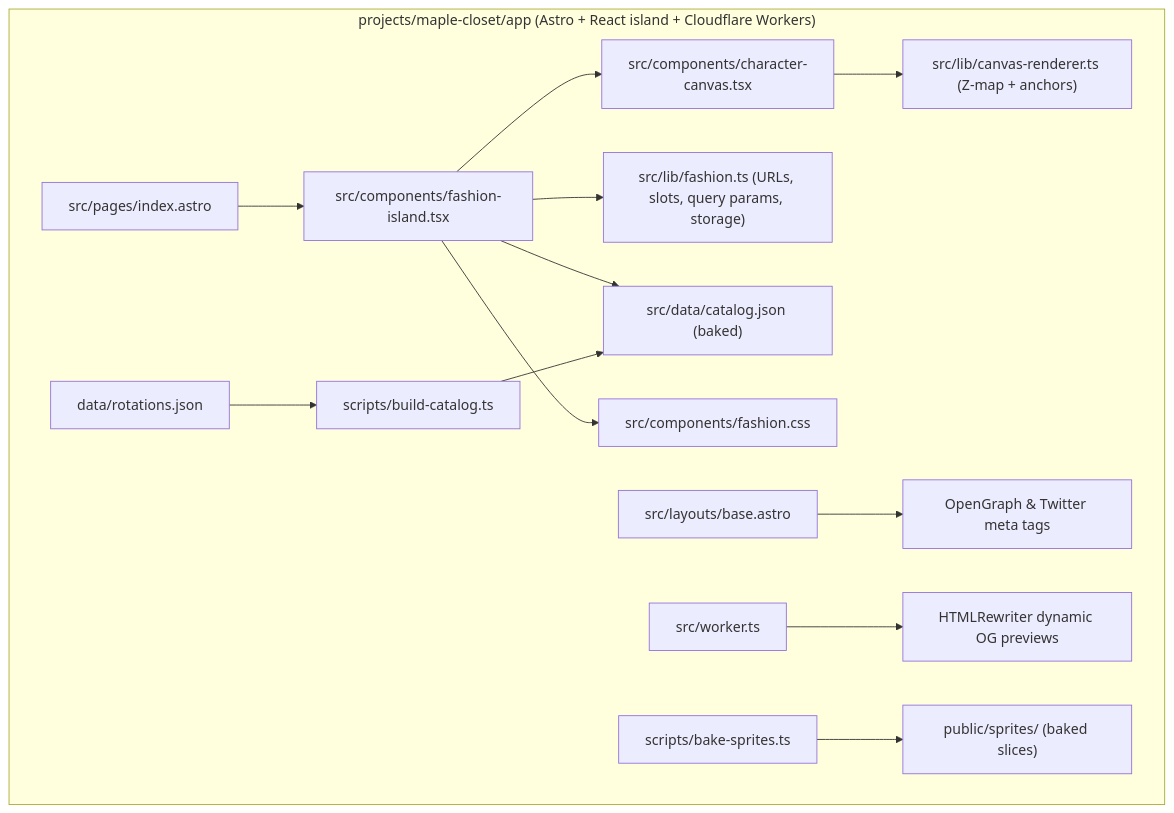
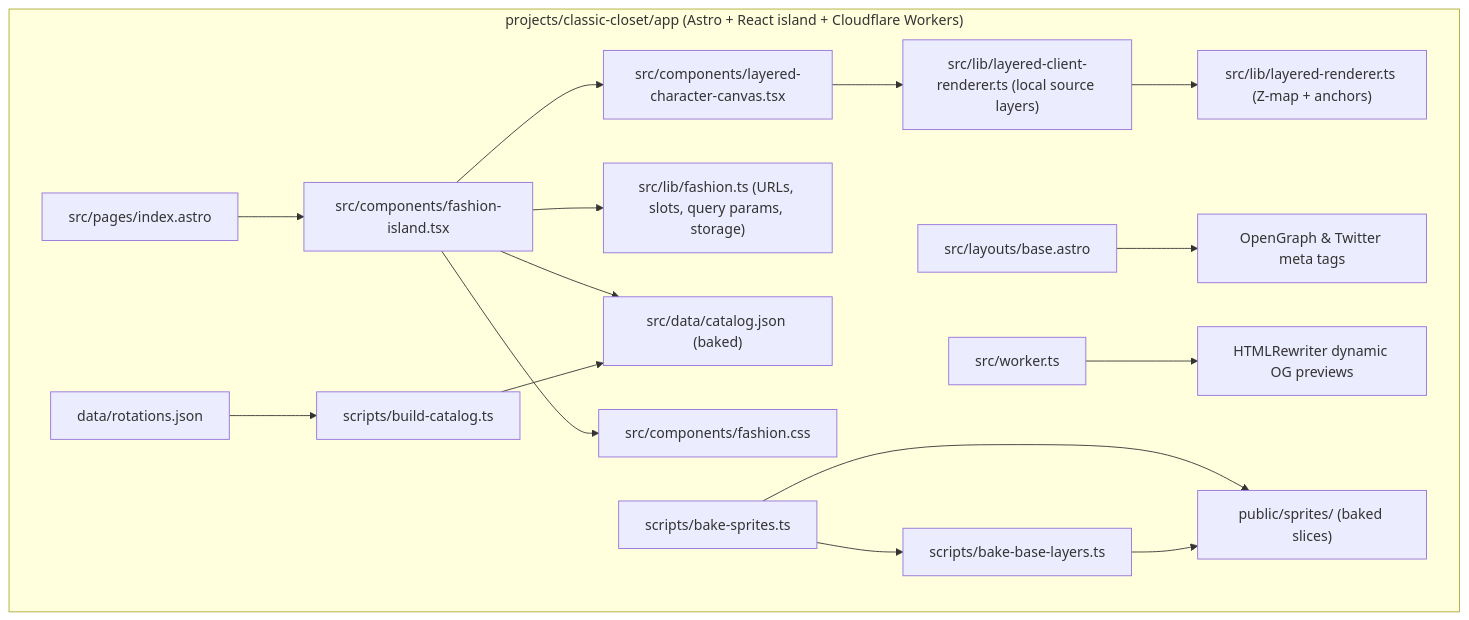
One commit to builtby-win/classic-closet changed the third of 3 diagrams in app/PLAN.md. Above: the diagram before and after it, drawn with Mermaid. The commit also changed other lines of this file and 2145 other files, not shown here.

First line of the commit message:
feat: share cards, name tags, crate pin resolution, maple->classic rename

````diff
--- a/app/PLAN.md
+++ b/app/PLAN.md
@@ -54,16 +64,19 @@
 ```mermaid
 flowchart TD
-    subgraph app["projects/maple-closet/app (Astro + React island + Cloudflare Workers)"]
+    subgraph app["projects/classic-closet/app (Astro + React island + Cloudflare Workers)"]
         page["src/pages/index.astro"] --> island["src/components/fashion-island.tsx"]
-        island --> canvas["src/components/character-canvas.tsx"]
-        canvas --> renderer["src/lib/canvas-renderer.ts (Z-map + anchors)"]
+        island --> canvas["src/components/layered-character-canvas.tsx"]
+        canvas --> client["src/lib/layered-client-renderer.ts (local source layers)"]
+        client --> renderer["src/lib/layered-renderer.ts (Z-map + anchors)"]
         island --> lib["src/lib/fashion.ts (URLs, slots, query params, storage)"]
         island --> data["src/data/catalog.json (baked)"]
         island --> css["src/components/fashion.css"]
         layout["src/layouts/base.astro"] --> meta["OpenGraph & Twitter meta tags"]
         worker["src/worker.ts"] --> ogrewriter["HTMLRewriter dynamic OG previews"]
         rotations["data/rotations.json"] --> scripts["scripts/build-catalog.ts"]
         scripts --> data
         bake["scripts/bake-sprites.ts"] --> sprites["public/sprites/ (baked slices)"]
+        baseBake["scripts/bake-base-layers.ts"] --> sprites
+        bake --> baseBake
     end
 ```
````
